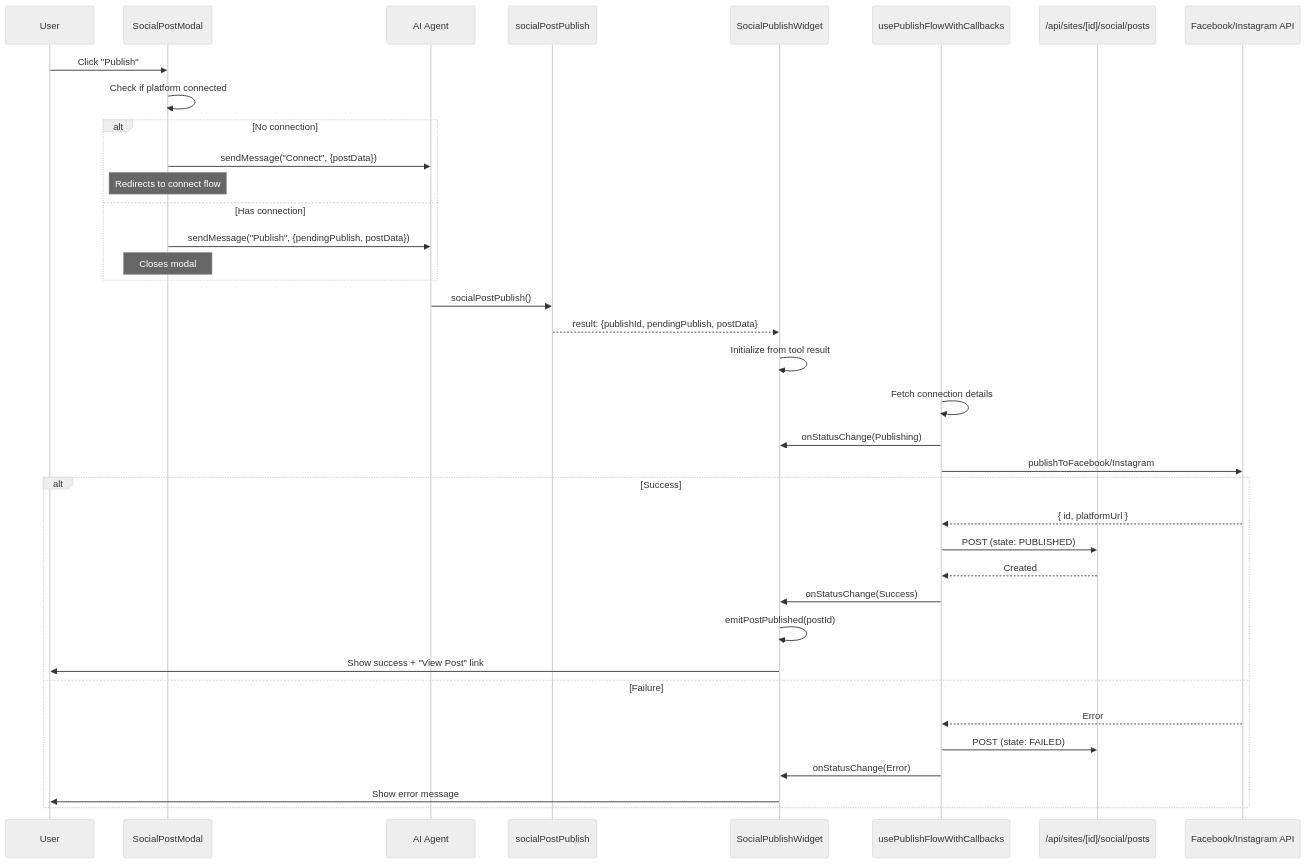
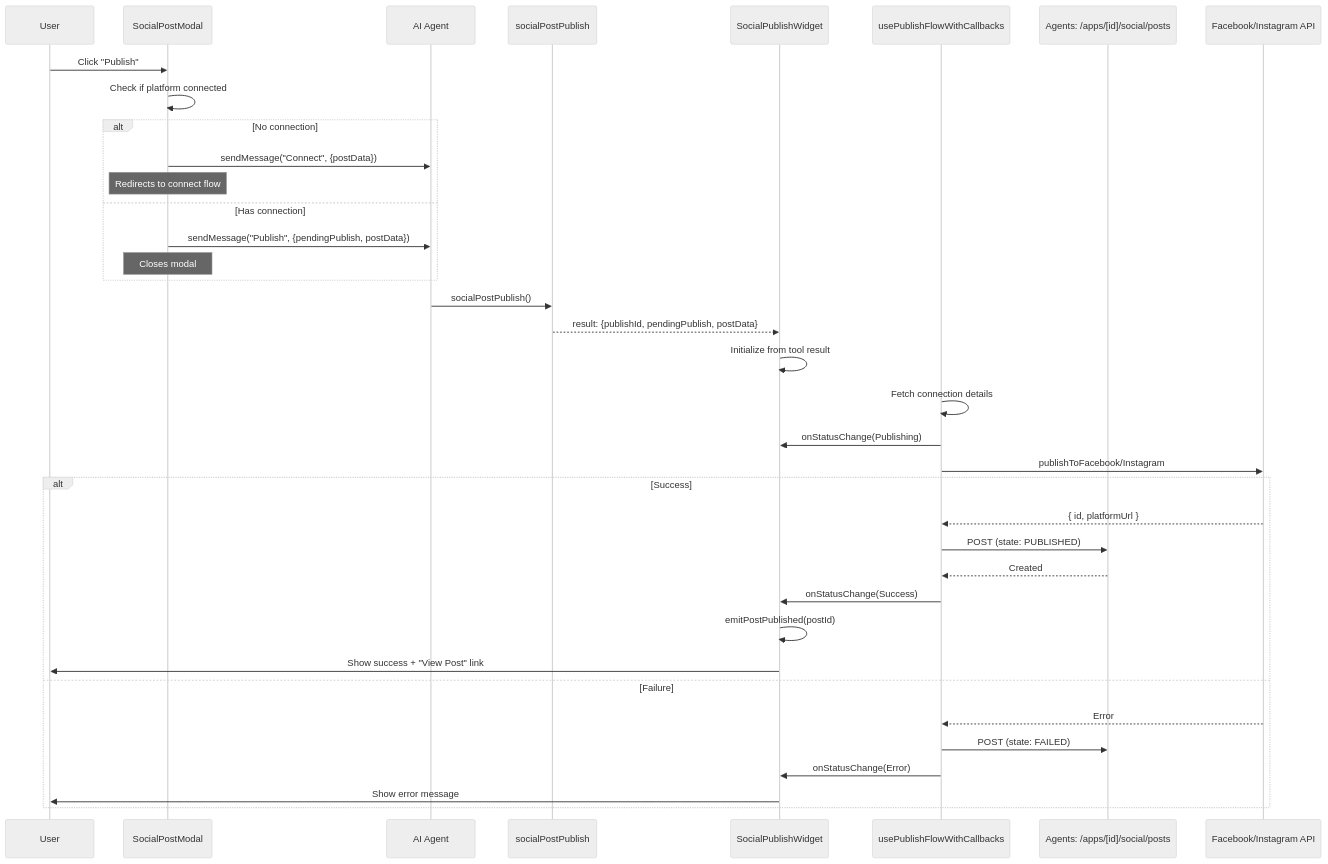
One commit to hsharif-godaddy/hackathon2026 changed the second of 3 diagrams in app/docs/social-posts-architecture.md. Above: the diagram before and after it, drawn with Mermaid (neutral theme). The commit also changed other lines of this file and 26 other files, not shown here.

````diff
--- a/app/docs/social-posts-architecture.md
+++ b/app/docs/social-posts-architecture.md
@@ -109,45 +130,45 @@
 ```mermaid
 sequenceDiagram
     participant User
     participant Modal as SocialPostModal
     participant Agent as AI Agent
     participant Tool as socialPostPublish
     participant Widget as SocialPublishWidget
     participant Hook as usePublishFlowWithCallbacks
-    participant API as /api/sites/[id]/social/posts
+    participant API as Agents: /apps/[id]/social/posts
     participant Platform as Facebook/Instagram API
 
     User->>Modal: Click "Publish"
     Modal->>Modal: Check if platform connected
 
     alt No connection
         Modal->>Agent: sendMessage("Connect", {postData})
         Note over Modal: Redirects to connect flow
     else Has connection
         Modal->>Agent: sendMessage("Publish", {pendingPublish, postData})
         Note over Modal: Closes modal
     end
 
     Agent->>Tool: socialPostPublish()
     Tool-->>Widget: result: {publishId, pendingPublish, postData}
 
     Widget->>Widget: Initialize from tool result
     Hook->>Hook: Fetch connection details
     Hook->>Widget: onStatusChange(Publishing)
 
     Hook->>Platform: publishToFacebook/Instagram
 
     alt Success
         Platform-->>Hook: { id, platformUrl }
         Hook->>API: POST (state: PUBLISHED)
         API-->>Hook: Created
         Hook->>Widget: onStatusChange(Success)
         Widget->>Widget: emitPostPublished(postId)
         Widget->>User: Show success + "View Post" link
     else Failure
         Platform-->>Hook: Error
         Hook->>API: POST (state: FAILED)
         Hook->>Widget: onStatusChange(Error)
         Widget->>User: Show error message
     end
 ```
````
